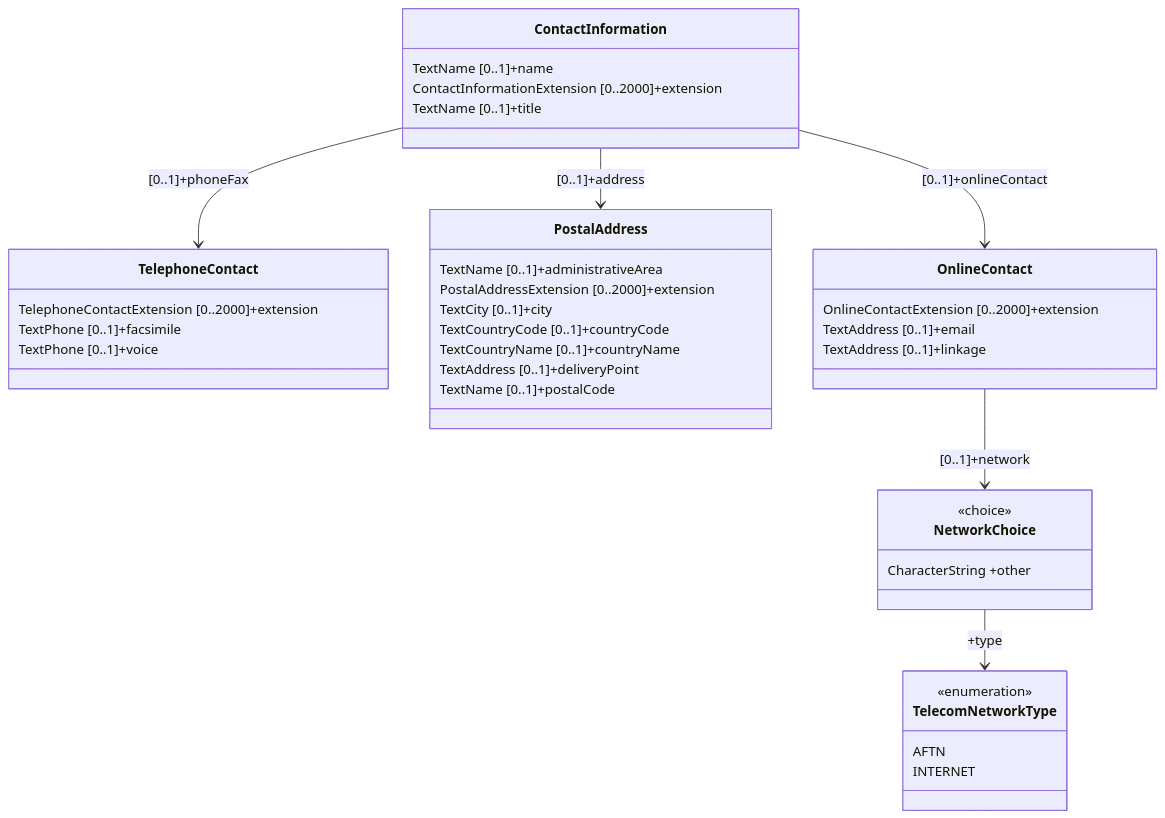
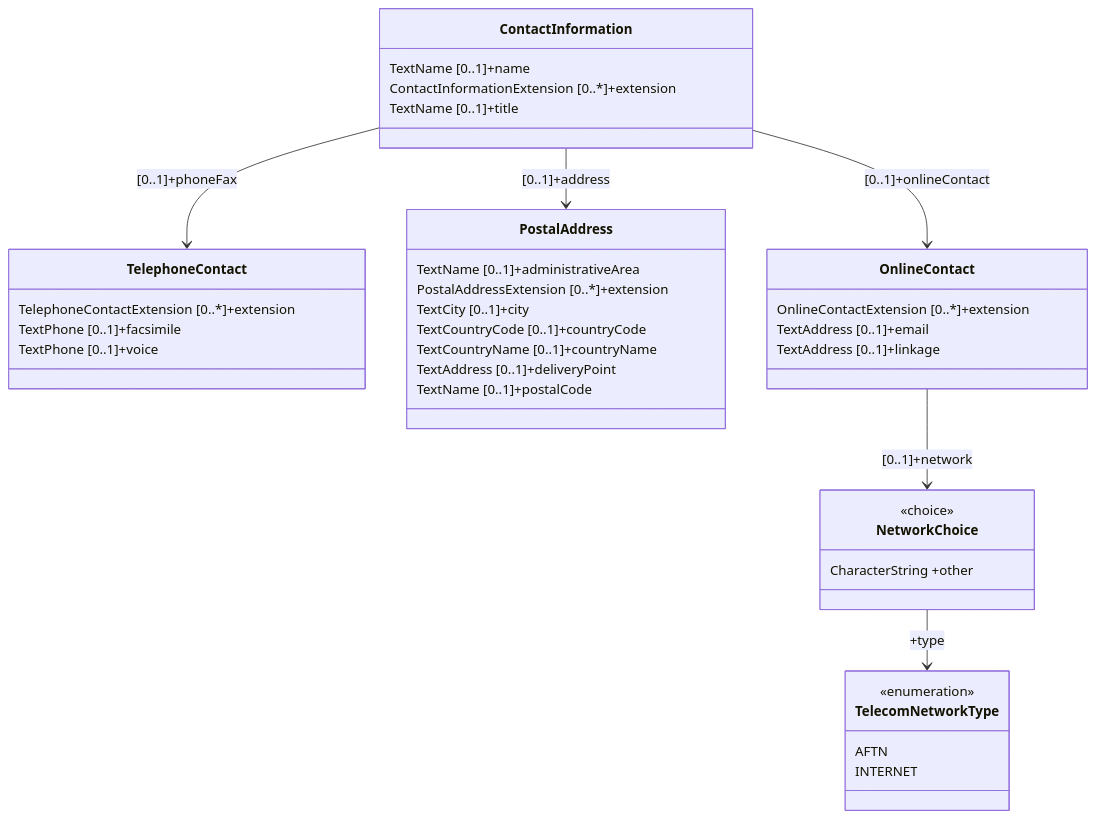
The second of 3 diagrams in docs/fixm/FIXM_UML_in_mermaid.md (du-lapin/test_docsify), drawn with Mermaid before and after one commit. The commit also changed other lines of this file, not shown here.

````diff
--- a/docs/fixm/FIXM_UML_in_mermaid.md
+++ b/docs/fixm/FIXM_UML_in_mermaid.md
@@ -13,41 +13,41 @@
 ```mermaid
 classDiagram
 class ContactInformation
 ContactInformation : TextName [0..1]+name
-ContactInformation : ContactInformationExtension [0..2000]+extension
+ContactInformation : ContactInformationExtension [0..*]+extension
 %% ContactInformation : PostalAddress [0..1]+address
-%% ContactInformation : OnlineContact [0..2000]+onlineContact
+%% ContactInformation : OnlineContact [0..*]+onlineContact
 %% ContactInformation : TelephoneContact [0..1]+phoneFax
 ContactInformation : TextName [0..1]+title
 class TelephoneContact
-TelephoneContact : TelephoneContactExtension [0..2000]+extension
+TelephoneContact : TelephoneContactExtension [0..*]+extension
 TelephoneContact : TextPhone [0..1]+facsimile
 TelephoneContact : TextPhone [0..1]+voice
 class PostalAddress
 PostalAddress : TextName [0..1]+administrativeArea
-PostalAddress : PostalAddressExtension [0..2000]+extension
+PostalAddress : PostalAddressExtension [0..*]+extension
 PostalAddress : TextCity [0..1]+city
 PostalAddress : TextCountryCode [0..1]+countryCode
 PostalAddress : TextCountryName [0..1]+countryName
 PostalAddress : TextAddress [0..1]+deliveryPoint
 PostalAddress : TextName [0..1]+postalCode
 class OnlineContact
-OnlineContact : OnlineContactExtension [0..2000]+extension
+OnlineContact : OnlineContactExtension [0..*]+extension
 OnlineContact : TextAddress [0..1]+email
 OnlineContact : TextAddress [0..1]+linkage
 %% OnlineContact : NetworkChoice [0..1]+network
 class NetworkChoice
 <<choice>> NetworkChoice
 NetworkChoice : CharacterString +other
 %% NetworkChoice : TelecomNetworkType +type
 class TelecomNetworkType{
 <<enumeration>>
 AFTN
 INTERNET
 }
 ContactInformation --> TelephoneContact : [0..1]+phoneFax
 ContactInformation --> PostalAddress : [0..1]+address
 ContactInformation --> OnlineContact : [0..1]+onlineContact
 OnlineContact --> NetworkChoice : [0..1]+network
 NetworkChoice --> TelecomNetworkType : +type
 ```
````
